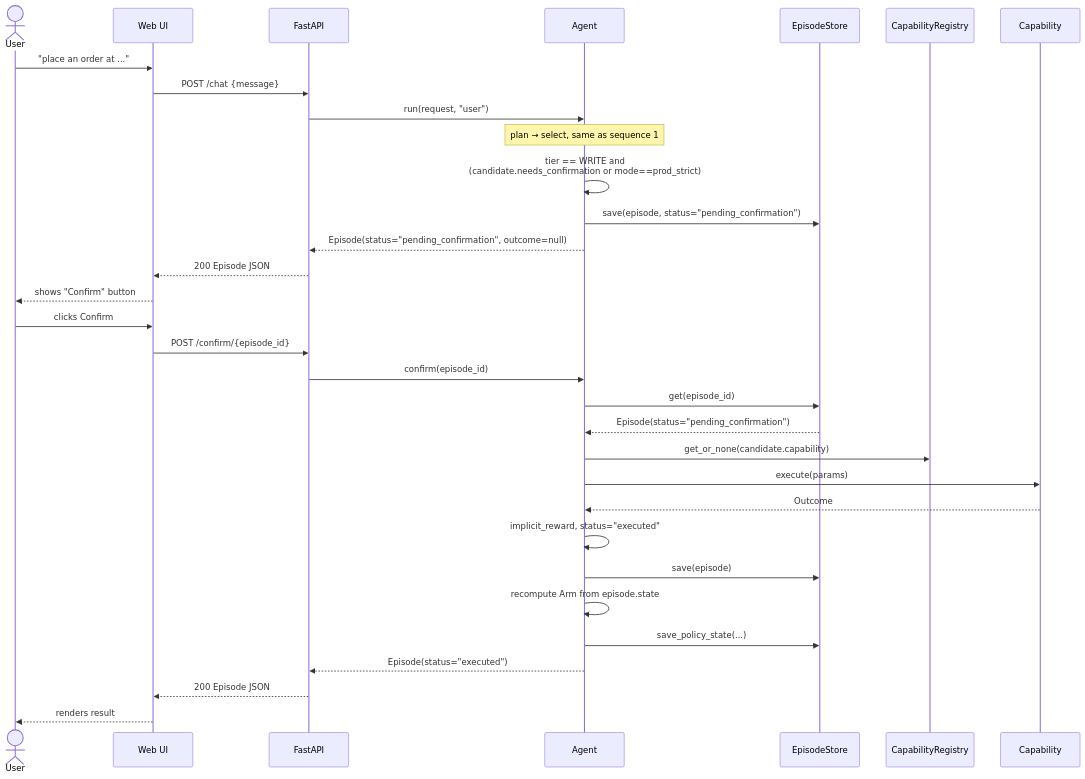
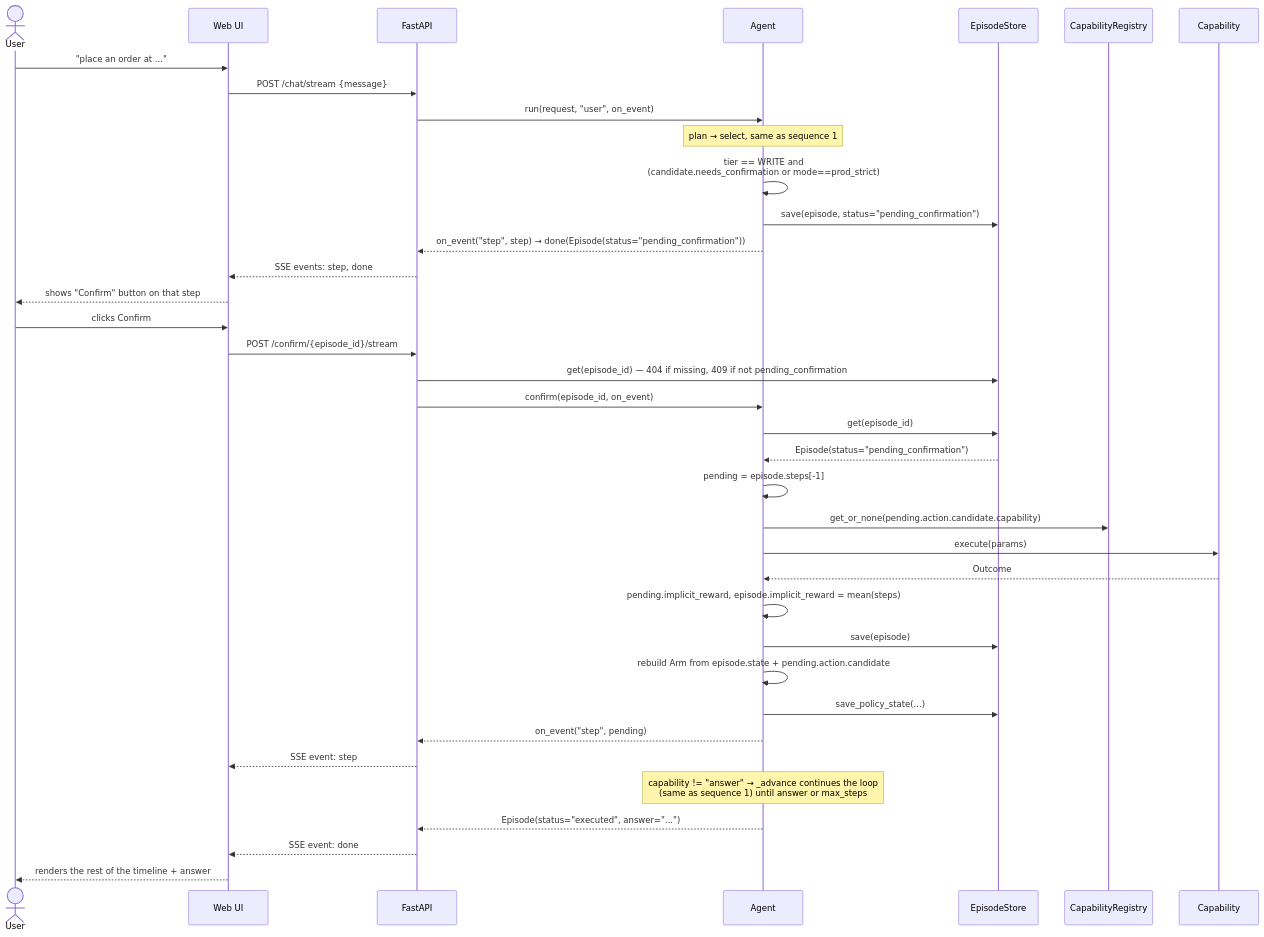
One commit to nadermedhet148/agentic-rl changed the second of 6 diagrams in docs/SEQUENCES.md. Above: the diagram before and after it, drawn with Mermaid. The commit also changed other lines of this file and 35 other files, not shown here.

````diff
--- a/docs/SEQUENCES.md
+++ b/docs/SEQUENCES.md
@@ -59,36 +76,41 @@
 ```mermaid
 sequenceDiagram
     actor User
     participant UI as Web UI
     participant API as FastAPI
     participant Agent
     participant Store as EpisodeStore
     participant Registry as CapabilityRegistry
     participant Cap as Capability
 
     User->>UI: "place an order at ..."
-    UI->>API: POST /chat {message}
-    API->>Agent: run(request, "user")
+    UI->>API: POST /chat/stream {message}
+    API->>Agent: run(request, "user", on_event)
     Note over Agent: plan → select, same as sequence 1
     Agent->>Agent: tier == WRITE and<br/>(candidate.needs_confirmation or mode==prod_strict)
     Agent->>Store: save(episode, status="pending_confirmation")
-    Agent-->>API: Episode(status="pending_confirmation", outcome=null)
-    API-->>UI: 200 Episode JSON
-    UI-->>User: shows "Confirm" button
+    Agent-->>API: on_event("step", step) → done(Episode(status="pending_confirmation"))
+    API-->>UI: SSE events: step, done
+    UI-->>User: shows "Confirm" button on that step
 
     User->>UI: clicks Confirm
-    UI->>API: POST /confirm/{episode_id}
-    API->>Agent: confirm(episode_id)
+    UI->>API: POST /confirm/{episode_id}/stream
+    API->>Store: get(episode_id) — 404 if missing, 409 if not pending_confirmation
+    API->>Agent: confirm(episode_id, on_event)
     Agent->>Store: get(episode_id)
     Store-->>Agent: Episode(status="pending_confirmation")
-    Agent->>Registry: get_or_none(candidate.capability)
+    Agent->>Agent: pending = episode.steps[-1]
+    Agent->>Registry: get_or_none(pending.action.candidate.capability)
     Agent->>Cap: execute(params)
     Cap-->>Agent: Outcome
-    Agent->>Agent: implicit_reward, status="executed"
+    Agent->>Agent: pending.implicit_reward, episode.implicit_reward = mean(steps)
     Agent->>Store: save(episode)
-    Agent->>Agent: recompute Arm from episode.state
+    Agent->>Agent: rebuild Arm from episode.state + pending.action.candidate
     Agent->>Store: save_policy_state(...)
-    Agent-->>API: Episode(status="executed")
-    API-->>UI: 200 Episode JSON
-    UI-->>User: renders result
+    Agent-->>API: on_event("step", pending)
+    API-->>UI: SSE event: step
+    Note over Agent: capability != "answer" → _advance continues the loop<br/>(same as sequence 1) until answer or max_steps
+    Agent-->>API: Episode(status="executed", answer="...")
+    API-->>UI: SSE event: done
+    UI-->>User: renders the rest of the timeline + answer
 ```
````
